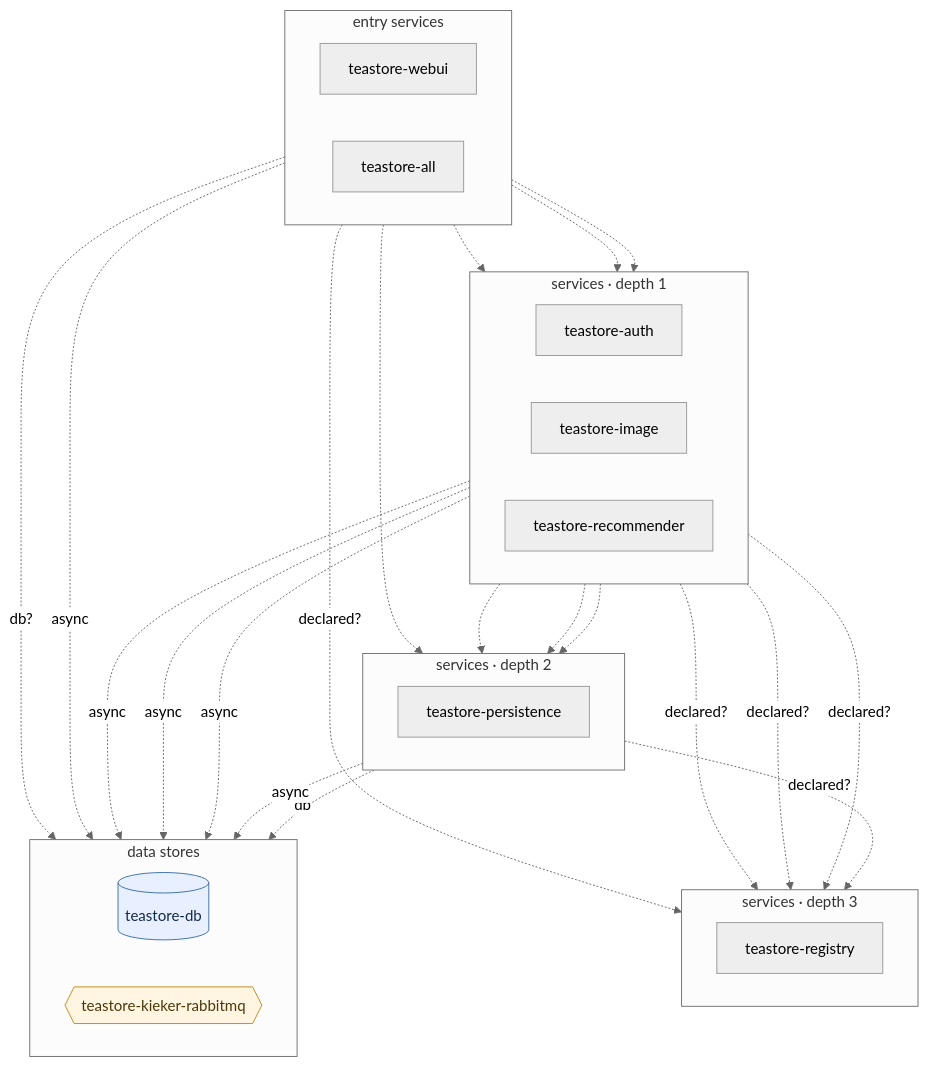
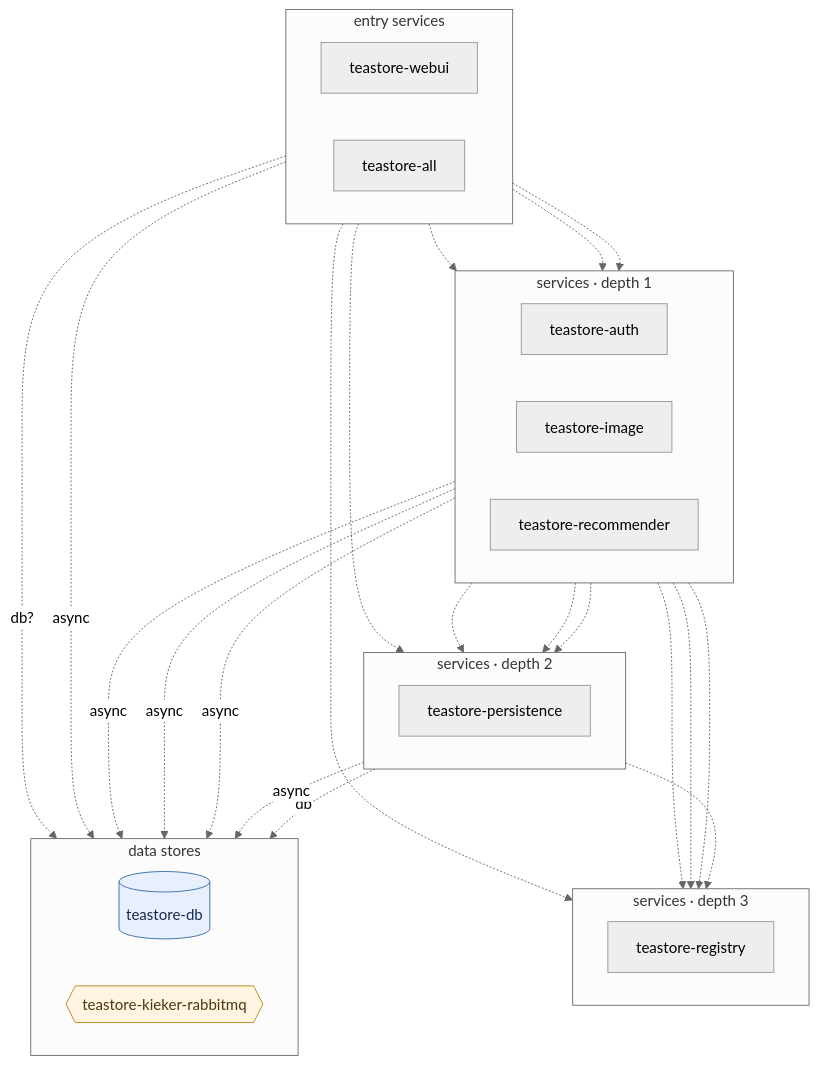
Before and after one commit to ANYuu531/ChatOps4Msa-Pipeline: the diagram in docs/generalization/teastore.summary.md, drawn with Mermaid (neutral theme). The commit also changed other lines of this file and 181 other files, not shown here.

````diff
--- a/docs/generalization/teastore.summary.md
+++ b/docs/generalization/teastore.summary.md
@@ -69,52 +81,52 @@
 ```mermaid
 flowchart TB
 %% DepWeaver — microservice dependency graph
 %% solid arrow = observed at runtime (Istio) · dashed = declared in code/doc only
 %% node shape: [service] ([gateway]) [(db)] {{queue}} [/external/]
   subgraph layer0 ["entry services"]
     direction LR
     teastore_webui["teastore-webui"]
     teastore_all["teastore-all"]
   end
   subgraph layer1 ["services · depth 1"]
     direction LR
     teastore_auth["teastore-auth"]
     teastore_image["teastore-image"]
     teastore_recommender["teastore-recommender"]
   end
   subgraph layer2 ["services · depth 2"]
     direction LR
     teastore_persistence["teastore-persistence"]
   end
   subgraph layer3 ["services · depth 3"]
     direction LR
     teastore_registry["teastore-registry"]
   end
   subgraph layer4 ["data stores"]
     direction LR
     teastore_db[("teastore-db")]:::db
     teastore_kieker_rabbitmq{{"teastore-kieker-rabbitmq"}}:::queue
   end
   teastore_webui -.-> teastore_persistence
   teastore_webui -.-> teastore_recommender
   teastore_webui -.-> teastore_auth
   teastore_webui -.-> teastore_image
   teastore_recommender -.-> teastore_persistence
   teastore_image -.-> teastore_persistence
   teastore_auth -.-> teastore_persistence
-  teastore_persistence -. declared? .-> teastore_registry
+  teastore_webui -.-> teastore_registry
+  teastore_recommender -.-> teastore_registry
+  teastore_persistence -.-> teastore_registry
+  teastore_image -.-> teastore_registry
+  teastore_auth -.-> teastore_registry
   teastore_persistence -. db .-> teastore_db
-  teastore_auth -. declared? .-> teastore_registry
-  teastore_image -. declared? .-> teastore_registry
-  teastore_recommender -. declared? .-> teastore_registry
-  teastore_webui -. declared? .-> teastore_registry
   teastore_persistence -. async .-> teastore_kieker_rabbitmq
   teastore_auth -. async .-> teastore_kieker_rabbitmq
   teastore_image -. async .-> teastore_kieker_rabbitmq
   teastore_recommender -. async .-> teastore_kieker_rabbitmq
   teastore_webui -. async .-> teastore_kieker_rabbitmq
   teastore_all -. db? .-> teastore_db
 classDef db fill:#e8f0ff,stroke:#3a6ea5,color:#13294b;
 classDef queue fill:#fff5e0,stroke:#c08a1e,color:#4a370a;
 
 ```
````
